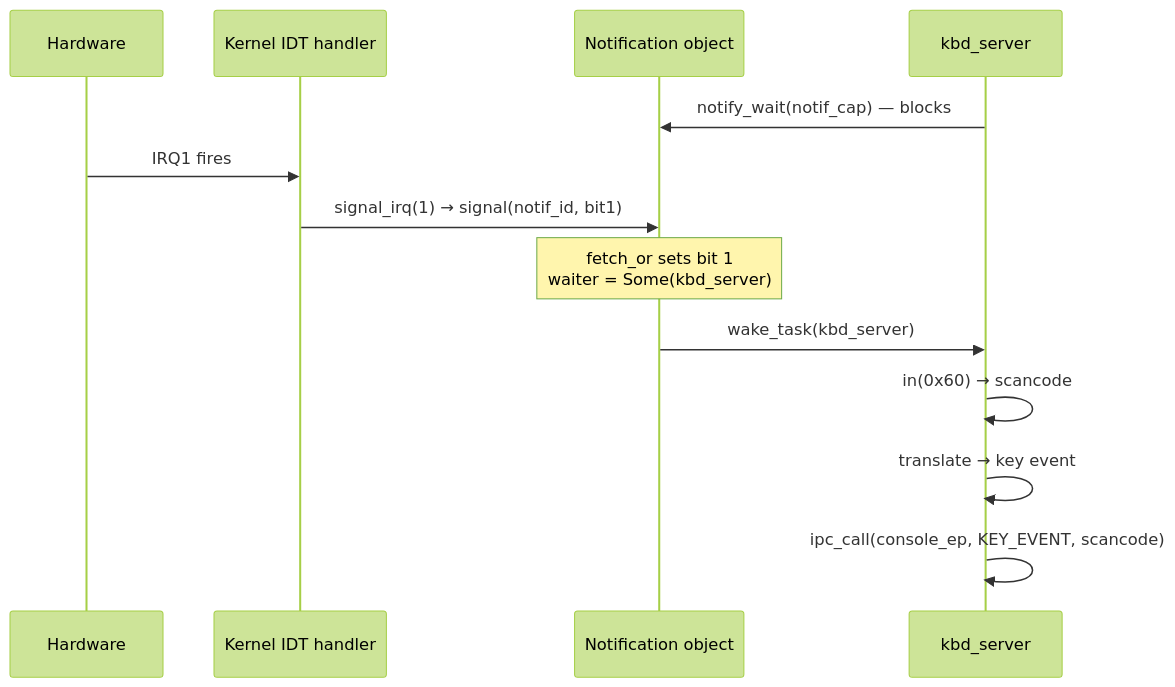
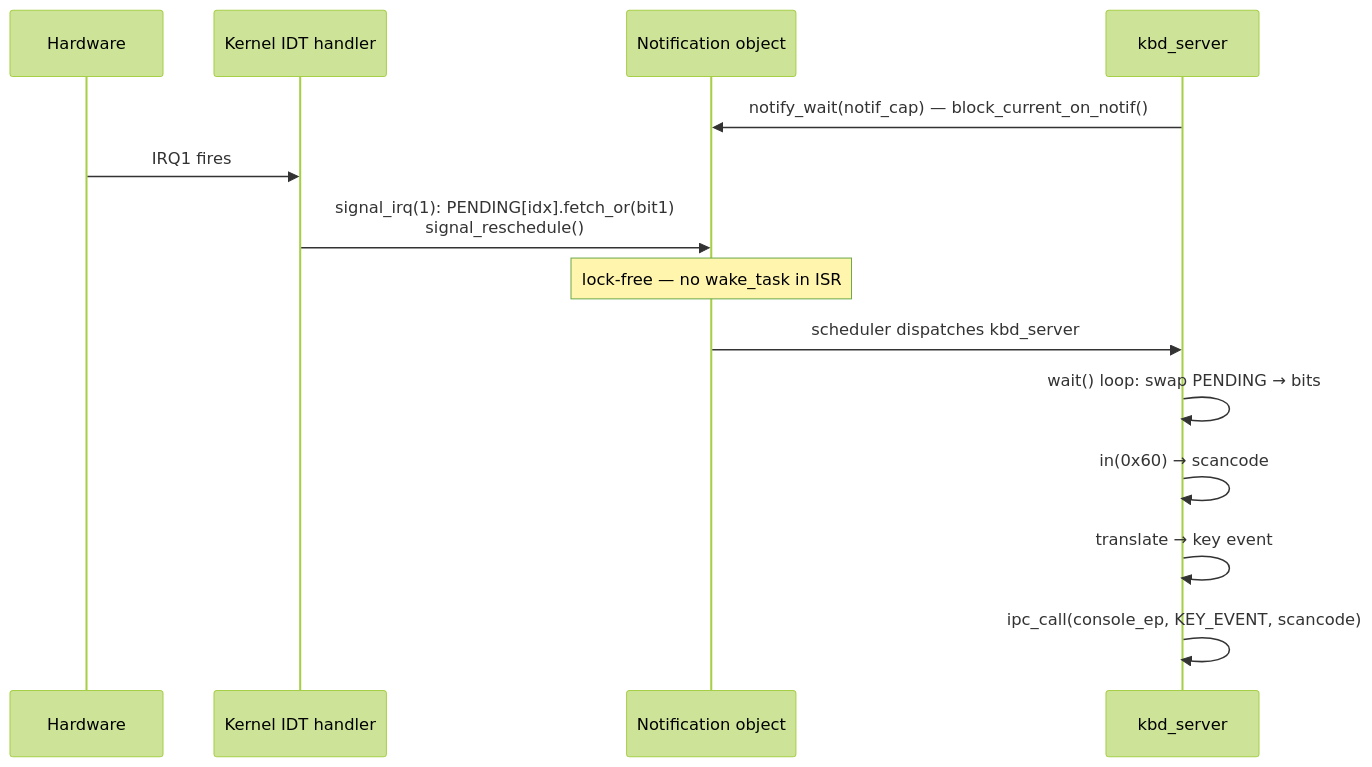
One commit to mikecubed/m3OS changed the sixth of 7 diagrams in docs/06-ipc-core.md. Above: the diagram before and after it, drawn with Mermaid (forest theme). The commit also changed other lines of this file and 4 other files, not shown here.

````diff
--- a/docs/06-ipc-core.md
+++ b/docs/06-ipc-core.md
@@ -344,16 +356,17 @@
 ```mermaid
 sequenceDiagram
     participant HW as Hardware
     participant IDT as Kernel IDT handler
     participant Notif as Notification object
     participant KbdServer as kbd_server
 
-    KbdServer->>Notif: notify_wait(notif_cap) — blocks
+    KbdServer->>Notif: notify_wait(notif_cap) — block_current_on_notif()
     HW->>IDT: IRQ1 fires
-    IDT->>Notif: signal_irq(1) → signal(notif_id, bit1)
-    Note over Notif: fetch_or sets bit 1<br/>waiter = Some(kbd_server)
-    Notif->>KbdServer: wake_task(kbd_server)
+    IDT->>Notif: signal_irq(1): PENDING[idx].fetch_or(bit1)<br/>signal_reschedule()
+    Note over Notif: lock-free — no wake_task in ISR
+    Notif->>KbdServer: scheduler dispatches kbd_server
+    KbdServer->>KbdServer: wait() loop: swap PENDING → bits
     KbdServer->>KbdServer: in(0x60) → scancode
     KbdServer->>KbdServer: translate → key event
     KbdServer->>KbdServer: ipc_call(console_ep, KEY_EVENT, scancode)
 ```
````
